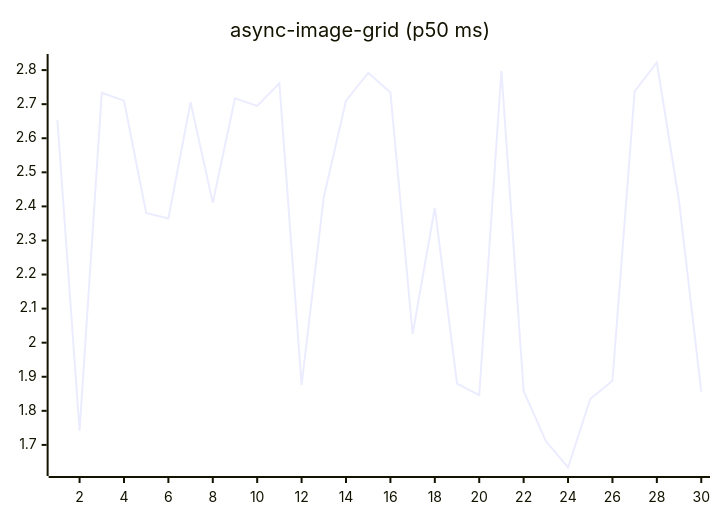
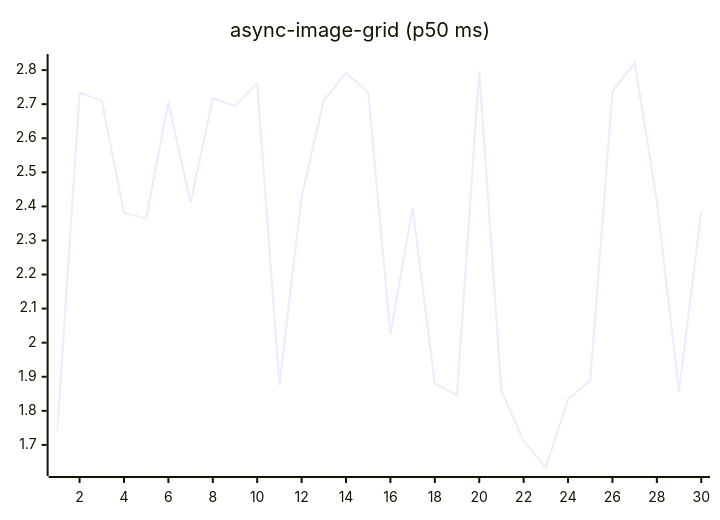
One commit to josha/Facet changed the fifth of 27 diagrams in README.md. Above: the diagram before and after it, drawn with Mermaid. The commit also changed other lines of this file and 2 other files, not shown here.

````diff
--- a/README.md
+++ b/README.md
@@ -91,6 +91,6 @@
 ```mermaid
 xychart-beta
     title "async-image-grid (p50 ms)"
     x-axis 1 --> 30
-    line [2.6543, 1.7415, 2.7336, 2.7103, 2.3810, 2.3646, 2.7059, 2.4103, 2.7175, 2.6949, 2.7614, 1.8756, 2.4277, 2.7103, 2.7919, 2.7346, 2.0254, 2.3955, 1.8801, 1.8461, 2.7970, 1.8583, 1.7113, 1.6337, 1.8346, 1.8885, 2.7375, 2.8223, 2.4153, 1.8565]
+    line [1.7415, 2.7336, 2.7103, 2.3810, 2.3646, 2.7059, 2.4103, 2.7175, 2.6949, 2.7614, 1.8756, 2.4277, 2.7103, 2.7919, 2.7346, 2.0254, 2.3955, 1.8801, 1.8461, 2.7970, 1.8583, 1.7113, 1.6337, 1.8346, 1.8885, 2.7375, 2.8223, 2.4153, 1.8565, 2.3845]
 ```
````
